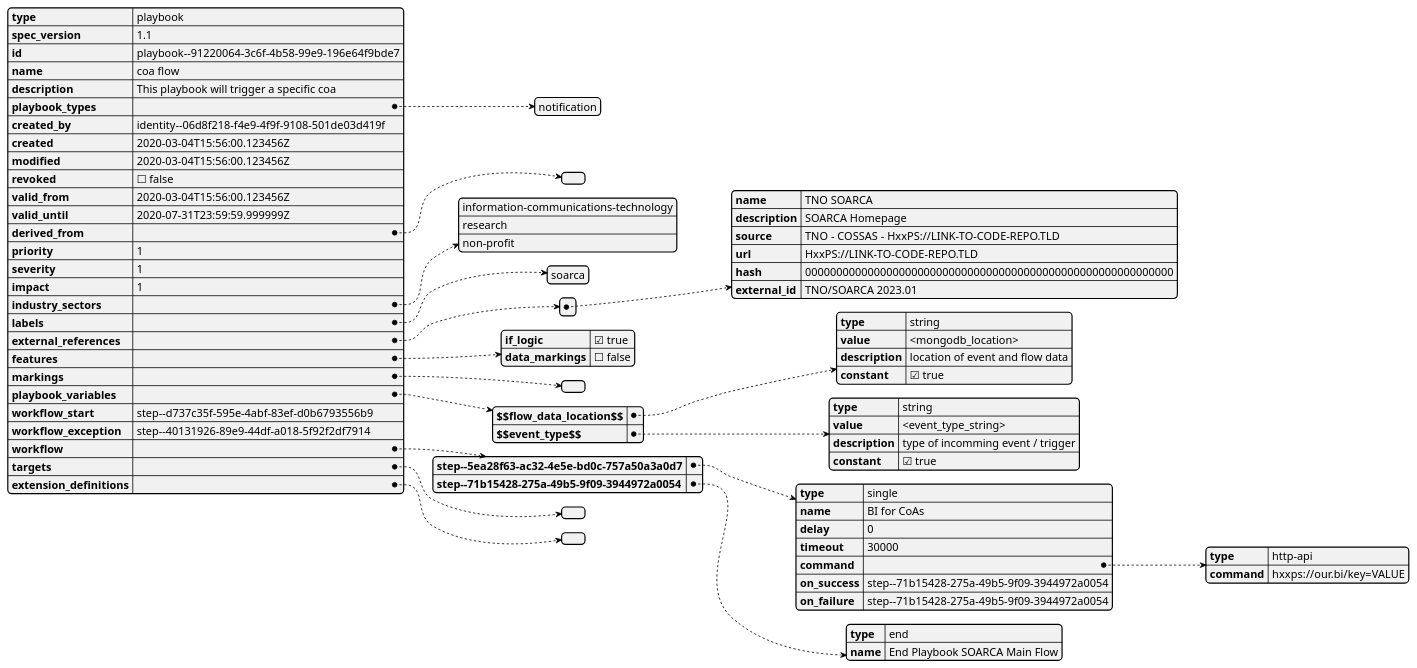
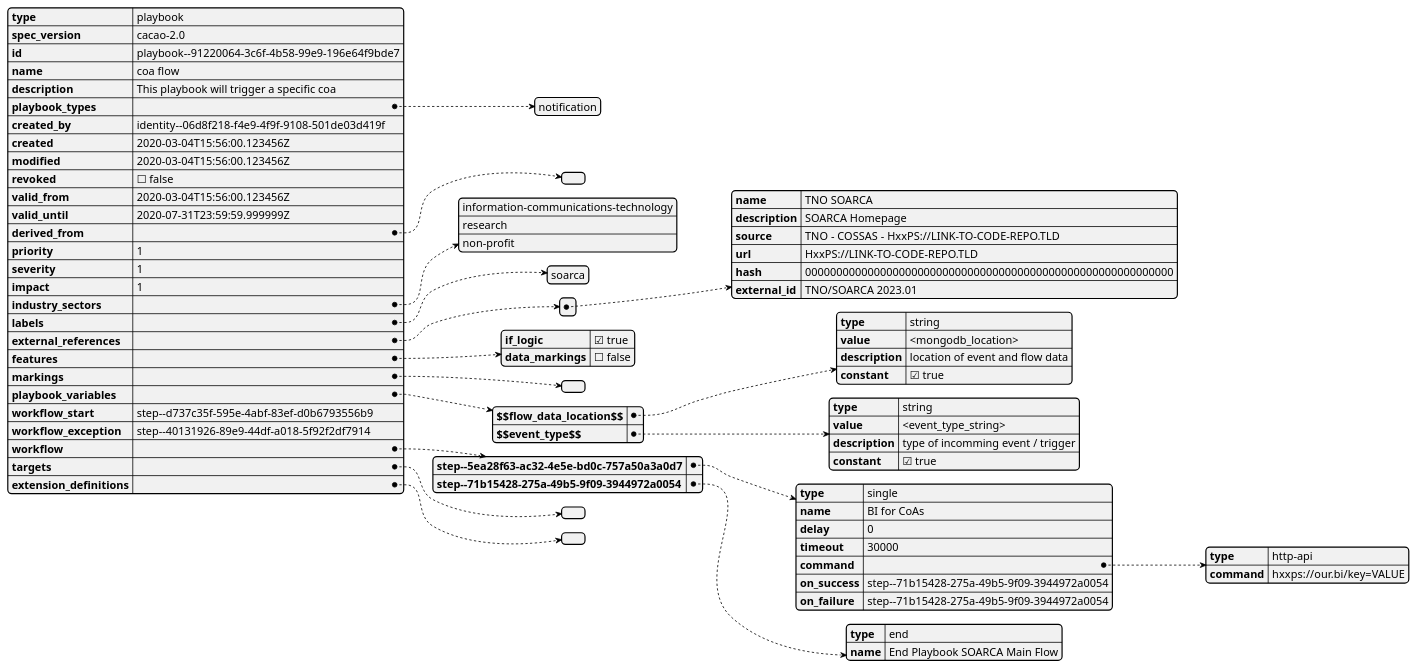
One commit to COSSAS/SOARCA changed the third of 19 diagrams in docs/content/en/docs/core-components/api-design.md. Above: the diagram before and after it, drawn with PlantUML. The commit also changed other lines of this file, not shown here.

Commit message:
updated cacao version 1.1. to 2.0 in api design

````diff
--- a/docs/content/en/docs/core-components/api-design.md
+++ b/docs/content/en/docs/core-components/api-design.md
@@ -68,77 +68,77 @@
 ```plantuml
 @startjson
 {
             "type": "playbook",
-            "spec_version": "1.1",
+            "spec_version": "cacao-2.0",
             "id": "playbook--91220064-3c6f-4b58-99e9-196e64f9bde7",
             "name": "coa flow",
             "description": "This playbook will trigger a specific coa",
             "playbook_types": ["notification"],
             "created_by": "identity--06d8f218-f4e9-4f9f-9108-501de03d419f",
             "created": "2020-03-04T15:56:00.123456Z",
             "modified": "2020-03-04T15:56:00.123456Z",
             "revoked": false,
             "valid_from": "2020-03-04T15:56:00.123456Z",
             "valid_until": "2020-07-31T23:59:59.999999Z",
             "derived_from": [],
             "priority": 1,
             "severity": 1,
             "impact": 1,
             "industry_sectors": ["information-communications-technology", "research", "non-profit"],
             "labels": ["soarca"],
             "external_references": [
                 {
                     "name": "TNO SOARCA",
                     "description": "SOARCA Homepage",
                     "source": "TNO - COSSAS - HxxPS://LINK-TO-CODE-REPO.TLD",
                     "url": "HxxPS://LINK-TO-CODE-REPO.TLD",
                     "hash": "00000000000000000000000000000000000000000000000000000000000",
                     "external_id": "TNO/SOARCA 2023.01"
                 }
             ],
             "features": {
                 "if_logic": true,
                 "data_markings": false
             },
             "markings": [],
             "playbook_variables": {
                 "$$flow_data_location$$": {
                     "type": "string",
                     "value": "<mongodb_location>",
                     "description": "location of event and flow data",
                     "constant": true
                 },
                 "$$event_type$$": {
                     "type" : "string",
                     "value": "<event_type_string>",
                     "description": "type of incomming event / trigger",
                     "constant": true	
                 }
             },
             "workflow_start": "step--d737c35f-595e-4abf-83ef-d0b6793556b9",
             "workflow_exception": "step--40131926-89e9-44df-a018-5f92f2df7914",
             "workflow": {
                 "step--5ea28f63-ac32-4e5e-bd0c-757a50a3a0d7":{
                     "type": "single",
                     "name": "BI for CoAs",
                     "delay": 0,
                     "timeout": 30000,
                     "command": {
                         "type": "http-api",
                         "command": "hxxps://our.bi/key=VALUE"
                     },
                     "on_success": "step--71b15428-275a-49b5-9f09-3944972a0054",
                     "on_failure": "step--71b15428-275a-49b5-9f09-3944972a0054"
                 },
                 "step--71b15428-275a-49b5-9f09-3944972a0054": {
                     "type": "end",
                     "name": "End Playbook SOARCA Main Flow"
                 }
             },
             "targets": { 
 
             },
             "extension_definitions": { }
         }
 @endjson
 ```
````
